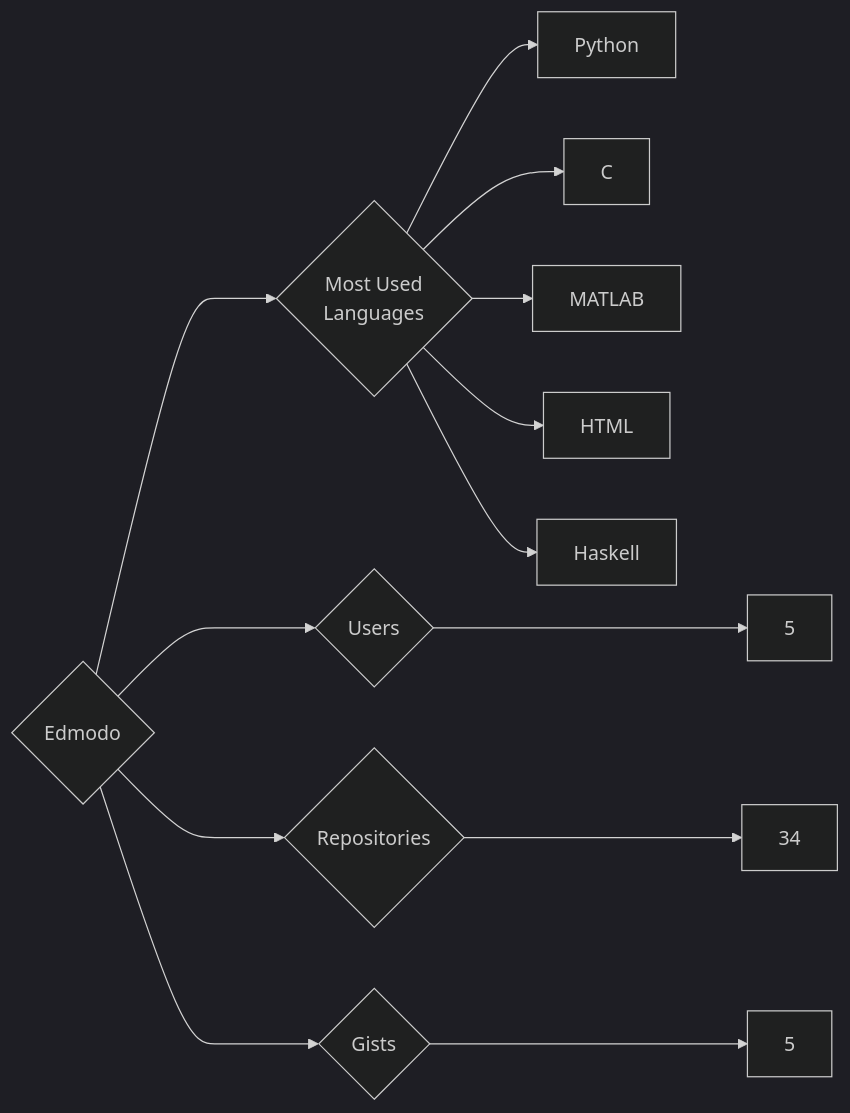
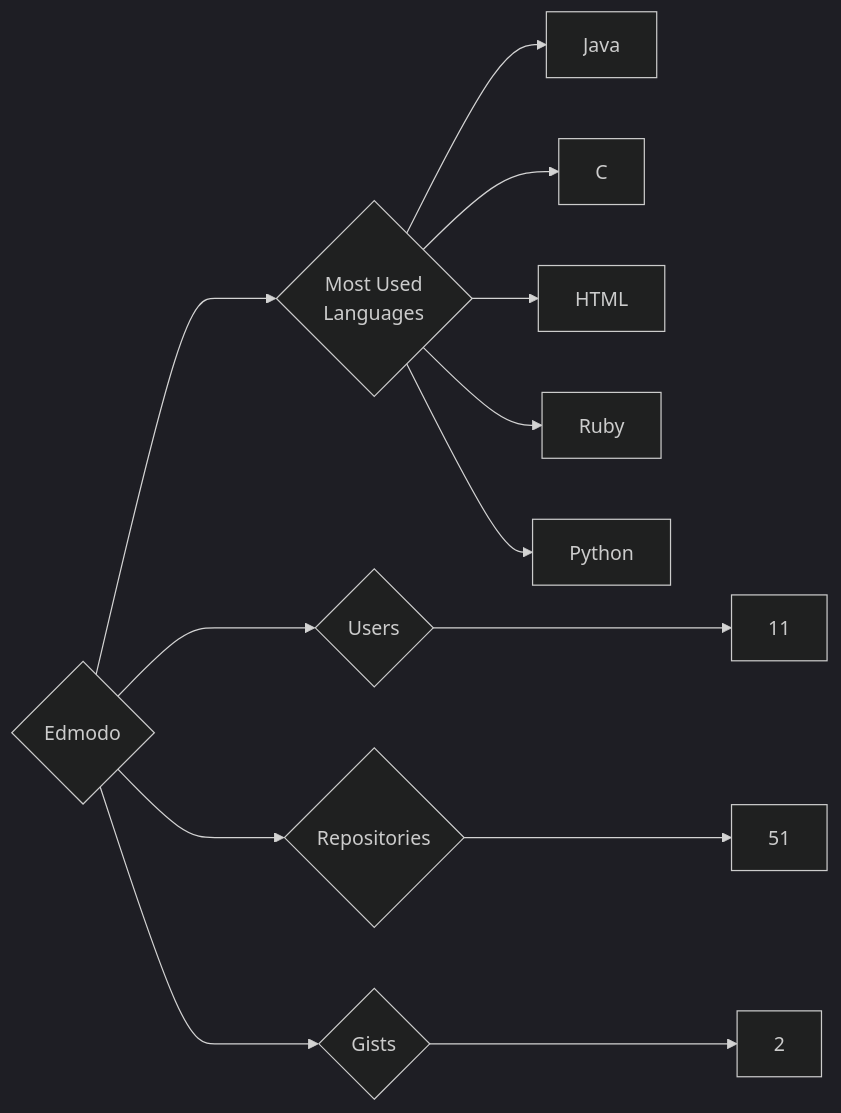
Before and after one commit to trickest/insiders: the diagram in targets/Edmodo/README.md, drawn with Mermaid (dark theme). The commit also changed 736 other files, not shown here.

````diff
--- a/targets/Edmodo/README.md
+++ b/targets/Edmodo/README.md
@@ -3,13 +3,13 @@
 ```mermaid
 graph LR
 COMPANY_NAME{Edmodo}
-COMPANY_NAME ---> U{Users} ---> UN[5]
-COMPANY_NAME ---> R{Repositories} ---> RN[34]
-COMPANY_NAME ---> G{Gists} ---> GN[5]
+COMPANY_NAME ---> U{Users} ---> UN[11]
+COMPANY_NAME ---> R{Repositories} ---> RN[51]
+COMPANY_NAME ---> G{Gists} ---> GN[2]
 COMPANY_NAME ---> ML{Most Used<br>Languages}
+ML --> Java[Java]
+ML --> C[C]
+ML --> HTML[HTML]
+ML --> Ruby[Ruby]
 ML --> Python[Python]
-ML --> C[C]
-ML --> MATLAB[MATLAB]
-ML --> HTML[HTML]
-ML --> Haskell[Haskell]
 ```
````
